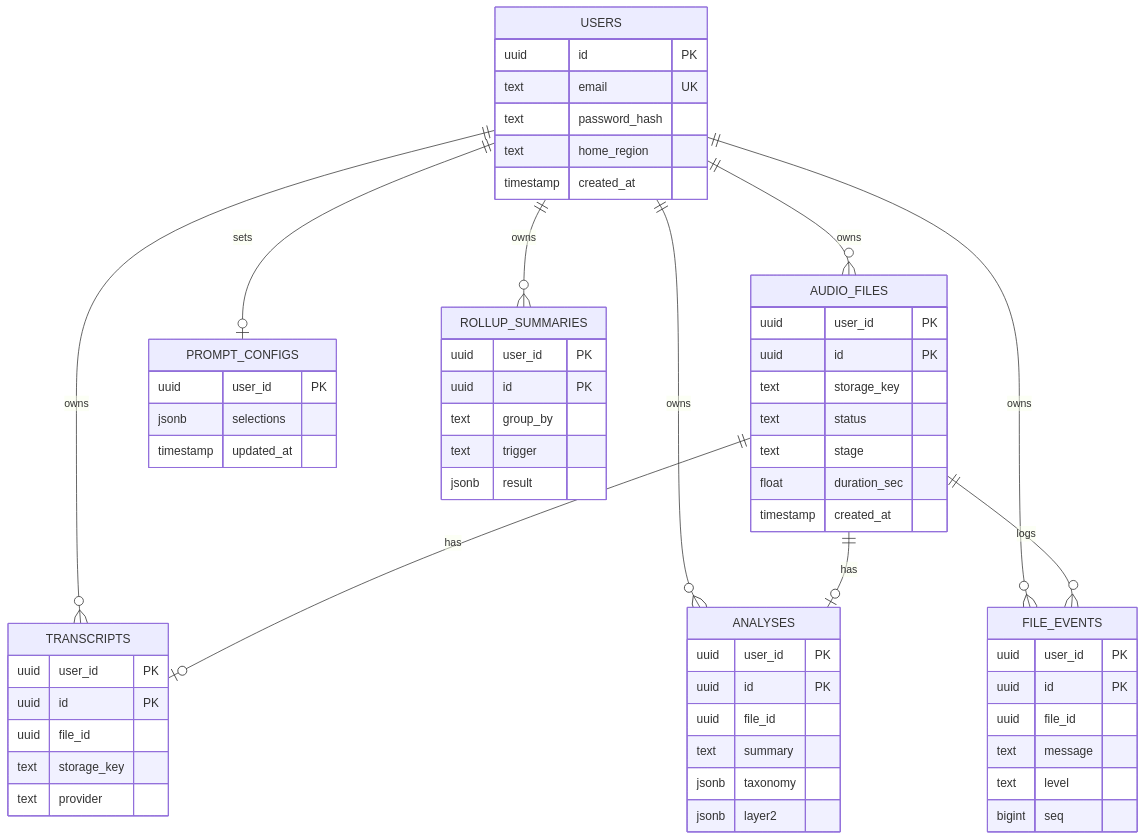
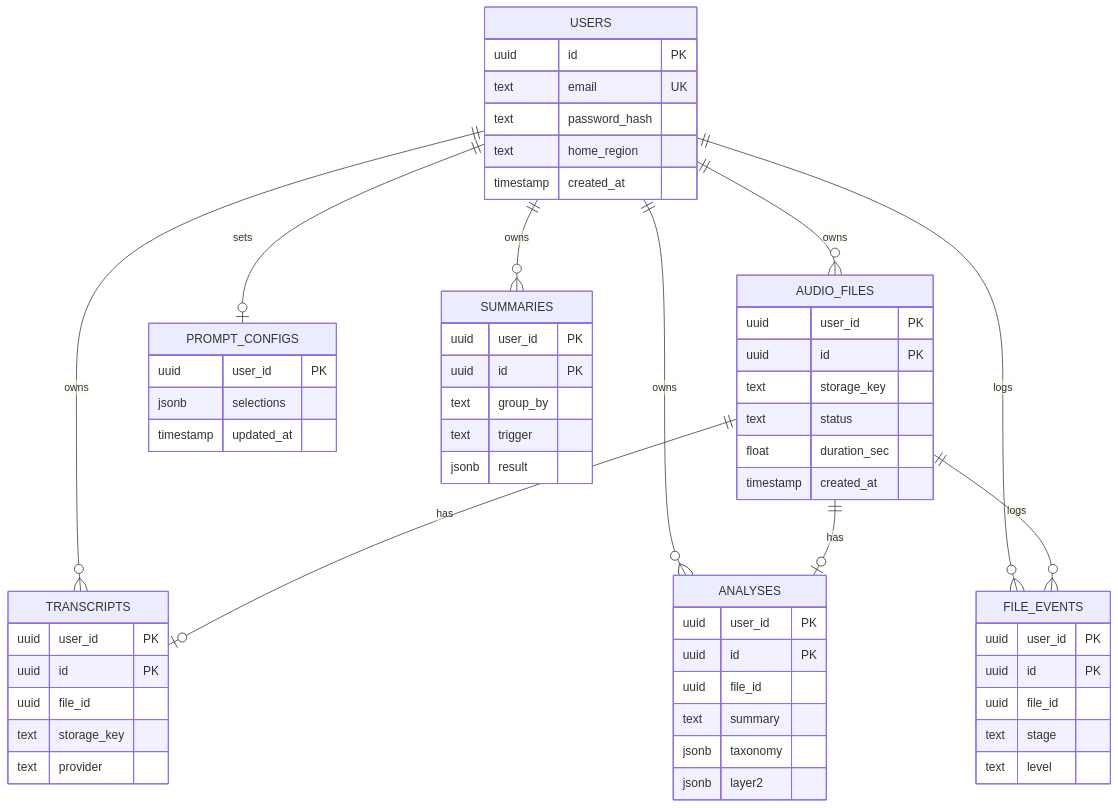
Before and after one commit to highprincezero/wn-voice-analytics: the first of 4 diagrams in docs/data-model.md, drawn with Mermaid. The commit also changed other lines of this file and 25 other files, not shown here.

````diff
--- a/docs/data-model.md
+++ b/docs/data-model.md
@@ -9,64 +18,62 @@
 ```mermaid
 erDiagram
   USERS ||--o{ AUDIO_FILES : owns
   USERS ||--o| PROMPT_CONFIGS : sets
   USERS ||--o{ TRANSCRIPTS : owns
   USERS ||--o{ ANALYSES : owns
-  USERS ||--o{ ROLLUP_SUMMARIES : owns
-  USERS ||--o{ FILE_EVENTS : owns
+  USERS ||--o{ SUMMARIES : owns
+  USERS ||--o{ FILE_EVENTS : logs
   AUDIO_FILES ||--o| TRANSCRIPTS : has
   AUDIO_FILES ||--o| ANALYSES : has
   AUDIO_FILES ||--o{ FILE_EVENTS : logs
 
   USERS {
     uuid id PK
     text email UK
     text password_hash
     text home_region
     timestamp created_at
   }
   AUDIO_FILES {
     uuid user_id PK
     uuid id PK
     text storage_key
     text status
-    text stage
     float duration_sec
     timestamp created_at
   }
   TRANSCRIPTS {
     uuid user_id PK
     uuid id PK
     uuid file_id
     text storage_key
     text provider
   }
   ANALYSES {
     uuid user_id PK
     uuid id PK
     uuid file_id
     text summary
     jsonb taxonomy
     jsonb layer2
   }
   PROMPT_CONFIGS {
     uuid user_id PK
     jsonb selections
     timestamp updated_at
   }
-  ROLLUP_SUMMARIES {
+  SUMMARIES {
     uuid user_id PK
     uuid id PK
     text group_by
     text trigger
     jsonb result
   }
   FILE_EVENTS {
     uuid user_id PK
     uuid id PK
     uuid file_id
-    text message
+    text stage
     text level
-    bigint seq
   }
 ```
````
